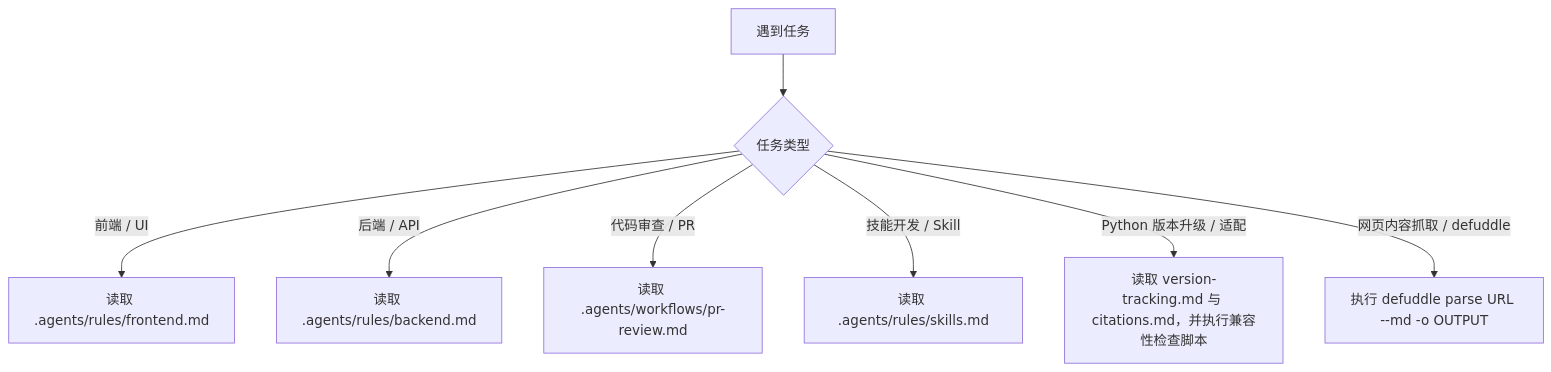
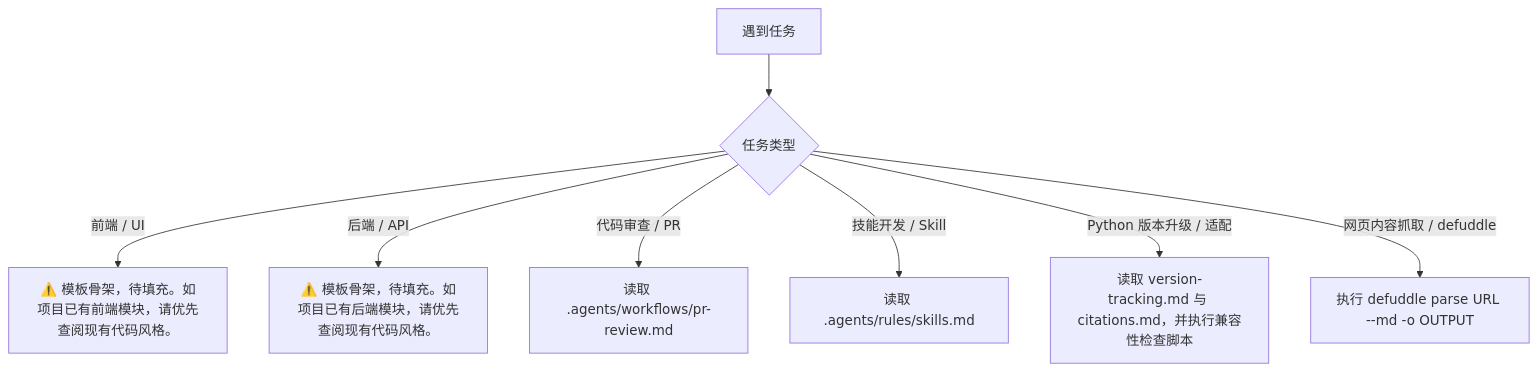
One commit to xinetzone/tao changed the third of 6 diagrams in AGENTS.md. Above: the diagram before and after it, drawn with Mermaid. The commit also changed other lines of this file and 4 other files, not shown here.

````diff
--- a/AGENTS.md
+++ b/AGENTS.md
@@ -103,10 +103,10 @@
 ```mermaid
 flowchart TD
     Start["遇到任务"] --> Decide{"任务类型"}
-    Decide -->|前端 / UI| Front["读取 .agents/rules/frontend.md"]
-    Decide -->|后端 / API| Back["读取 .agents/rules/backend.md"]
+    Decide -->|前端 / UI| Front["⚠️ 模板骨架，待填充。如项目已有前端模块，请优先查阅现有代码风格。"]
+    Decide -->|后端 / API| Back["⚠️ 模板骨架，待填充。如项目已有后端模块，请优先查阅现有代码风格。"]
     Decide -->|代码审查 / PR| Review["读取 .agents/workflows/pr-review.md"]
     Decide -->|技能开发 / Skill| Skill["读取 .agents/rules/skills.md"]
     Decide -->|Python 版本升级 / 适配| Py["读取 version-tracking.md 与 citations.md，并执行兼容性检查脚本"]
     Decide -->|网页内容抓取 / defuddle| Defuddle["执行 defuddle parse URL --md -o OUTPUT"]
 ```
````
